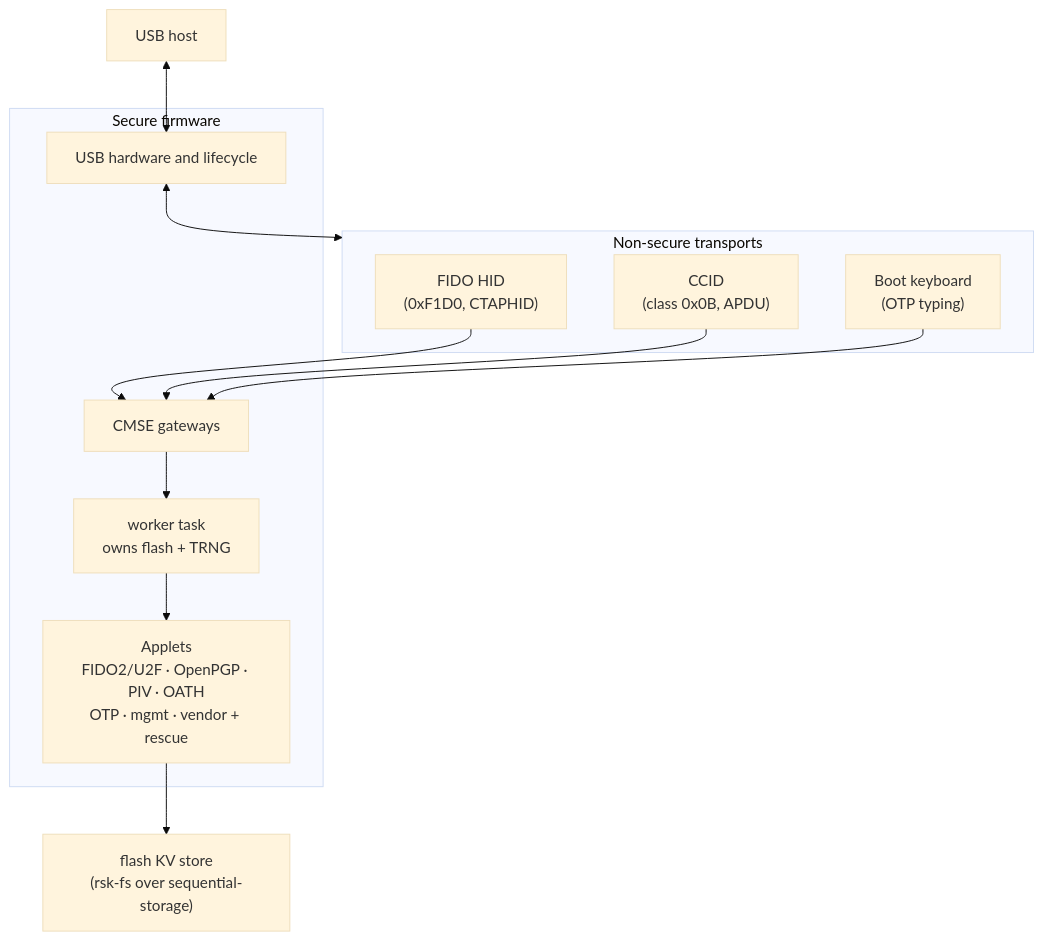
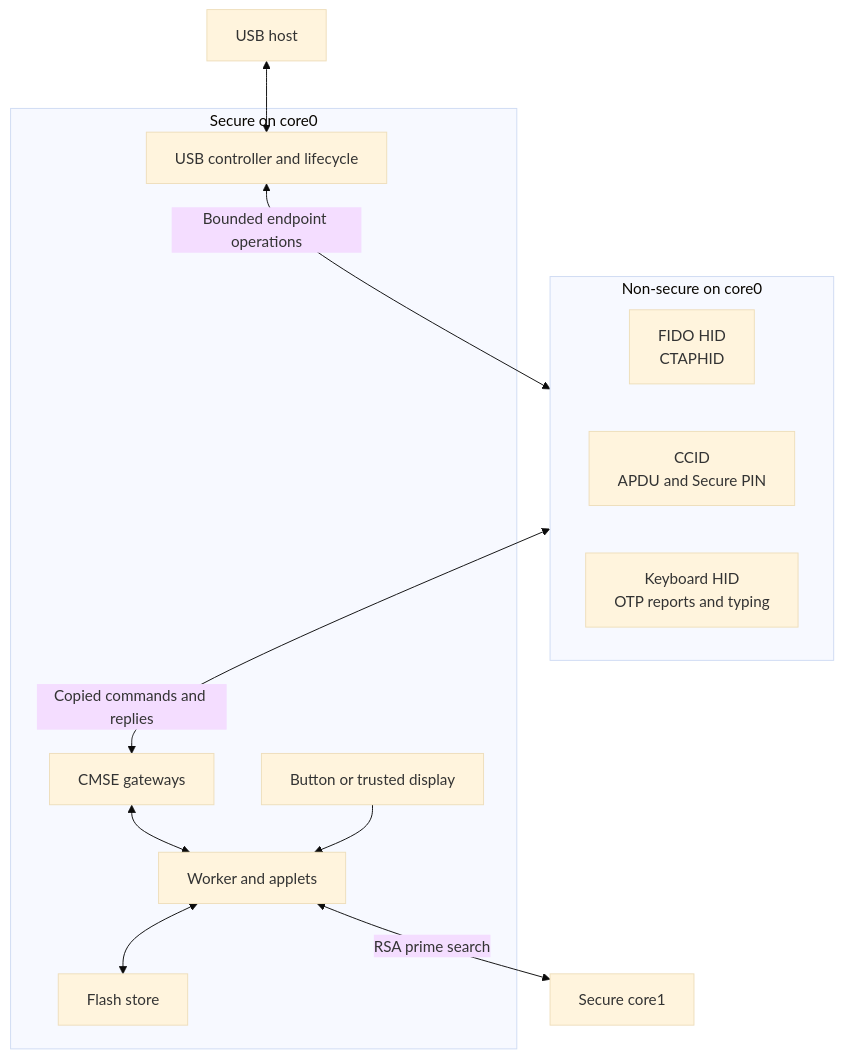
Before and after one commit to TheMaxMur/RS-Key: the diagram in docs/architecture.md, drawn with Mermaid (base theme). The commit also changed other lines of this file and 37 other files, not shown here.

````diff
--- a/docs/architecture.md
+++ b/docs/architecture.md
@@ -13,21 +15,19 @@
 ```mermaid
 flowchart TD
-    subgraph irq["Non-secure transports"]
-      fido["FIDO HID<br/>(0xF1D0, CTAPHID)"]
-      ccid["CCID<br/>(class 0x0B, APDU)"]
-      kbd["Boot keyboard<br/>(OTP typing)"]
+    host["USB host"] <--> controller
+    subgraph ns["Non-secure on core0"]
+      fido["FIDO HID<br/>CTAPHID"]
+      ccid["CCID<br/>APDU and Secure PIN"]
+      kbd["Keyboard HID<br/>OTP reports and typing"]
     end
-    subgraph thread["Secure firmware"]
-      controller["USB hardware and lifecycle"]
-      gateway["CMSE gateways"]
-      gateway --> worker
-      worker["worker task<br/>owns flash + TRNG"]
-      worker --> applets["Applets<br/>FIDO2/U2F · OpenPGP · PIV · OATH<br/>OTP · mgmt · vendor + rescue"]
+    subgraph s["Secure on core0"]
+      controller["USB controller and lifecycle"]
+      gateways["CMSE gateways"]
+      gateways <--> worker["Worker and applets"]
+      worker <--> storage["Flash store"]
+      presence["Button or trusted display"] --> worker
     end
-    host["USB host"] <--> controller
-    controller <--> irq
-    fido --> gateway
-    ccid --> gateway
-    kbd --> gateway
-    applets --> fs["flash KV store<br/>(rsk-fs over sequential-storage)"]
+    controller <-->|"Bounded endpoint operations"| ns
+    ns <-->|"Copied commands and replies"| gateways
+    worker <-->|"RSA prime search"| rsa["Secure core1"]
 ```
````
